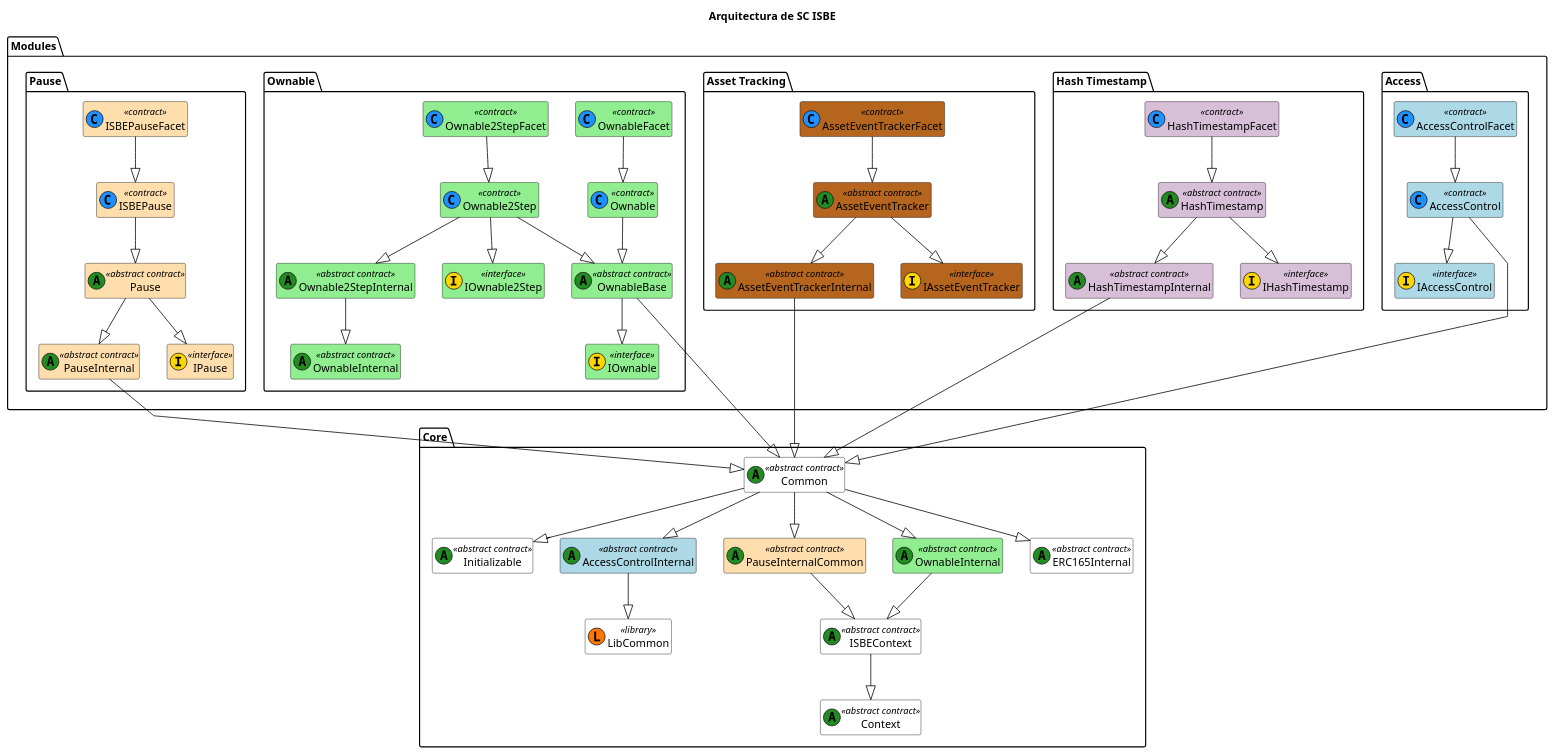
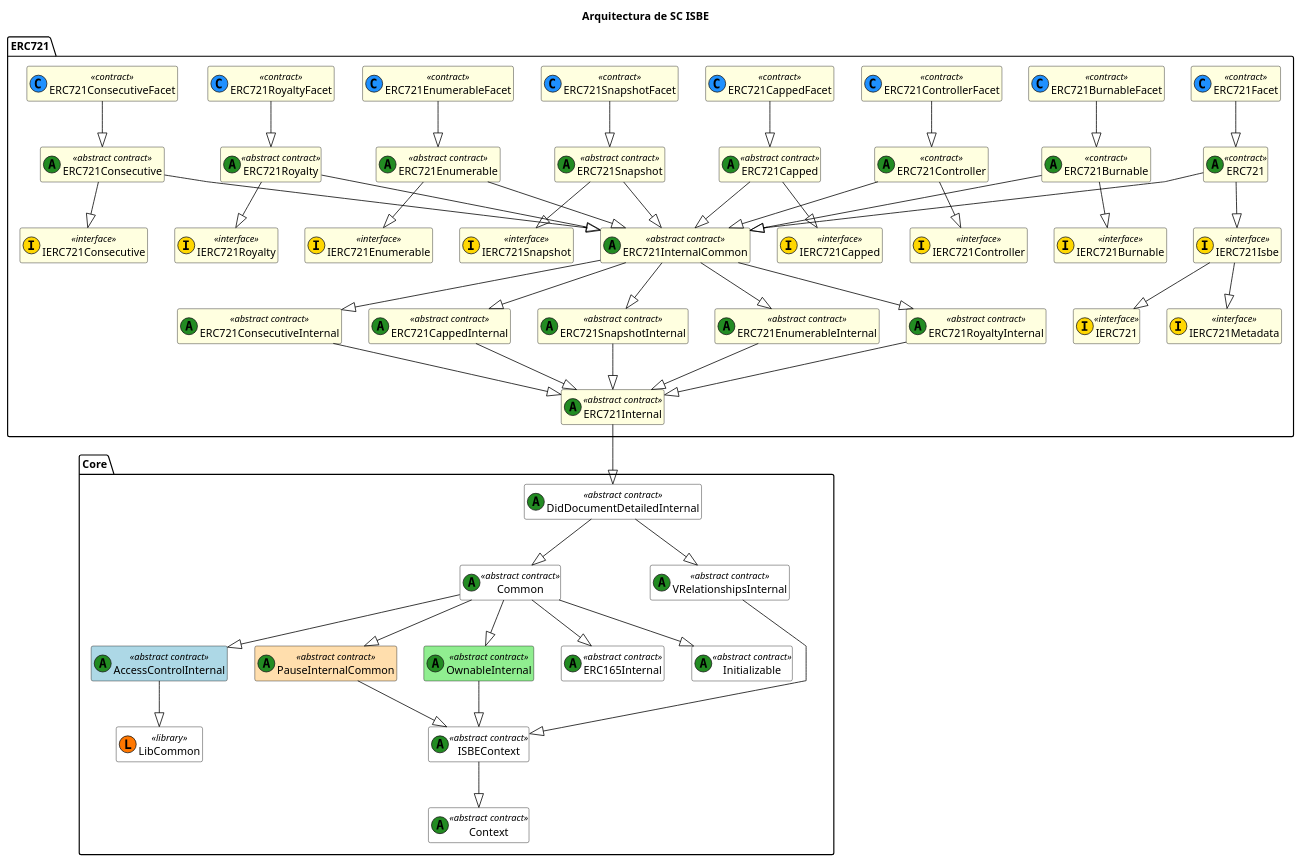
The diagram in docs/diagrams/ISBE-SC-UML-Global-Functional_1.puml (red-isbe/isbe-contracts), drawn with PlantUML before and after one commit. The commit also changed 5 other files, not shown here.

Commit message:
update tokens diagram uml

```diff
--- a/docs/diagrams/ISBE-SC-UML-Global-Functional_1.puml
+++ b/docs/diagrams/ISBE-SC-UML-Global-Functional_1.puml
@@ -1,115 +1,128 @@
 @startuml
 title Arquitectura de SC ISBE
-
 
 skinparam class {
     BackgroundColor White
     ArrowColor Black
     BorderColor Black
 }
 skinparam linetype polyline
 hide empty members
 
 ' === CORE ===
 package "Core" {
     class Initializable <<(A,#228b22) abstract contract>>
     class Common <<(A,#228b22) abstract contract>>
     class LibCommon << (L,#FF7700) library >>
     class ISBEContext <<(A,#228b22) abstract contract>>
+    class DidDocumentDetailedInternal <<(A,#228b22) abstract contract>>
+    class VRelationshipsInternal <<(A,#228b22) abstract contract>>
     class AccessControlInternal <<(A,#228b22) abstract contract>> #lightblue
     class PauseInternalCommon <<(A,#228b22) abstract contract>> #FFDEAD
     class OwnableInternal <<(A,#228b22) abstract contract>> #lightgreen
     class ERC165Internal <<(A,#228b22) abstract contract>>
     class Context <<(A,#228b22) abstract contract>>
 
+    DidDocumentDetailedInternal --|> Common
+    DidDocumentDetailedInternal --|> VRelationshipsInternal 
     Common --|> Initializable
     Common --|> ERC165Internal
     Common --|> AccessControlInternal
-  
     Common --|> OwnableInternal
     Common --|> PauseInternalCommon
+    VRelationshipsInternal--|> ISBEContext
     PauseInternalCommon --|> ISBEContext
     OwnableInternal --|> ISBEContext
     ISBEContext --|> Context
     AccessControlInternal --|> LibCommon
 }
 
+' === ERC721 ===
+package "ERC721" {
+    class IERC721 <<(I,#FFD700) interface>> #FFFFE0
+    class IERC721Metadata <<(I,#FFD700) interface>> #FFFFE0
+    class IERC721Isbe <<(I,#FFD700) interface>> #FFFFE0  
+    class ERC721Internal <<(A,#228B22) abstract contract>> #FFFFE0
+    class ERC721InternalCommon <<(A,#228B22) abstract contract>> #FFFFE0
+    class ERC721 <<(A,#228B22) contract>> #FFFFE0
+    class ERC721Facet <<(C,#1E90FF) contract>> #FFFFE0
 
-' === Modules===
-package "Modules" {
-' === ACCESS ===
-package "Access" {
-    class AccessControl <<(C,#1E90FF) contract>> #lightblue
-    class AccessControlFacet <<(C,#1E90FF) contract>> #lightblue
-    class IAccessControl <<(I,#FFD700) interface>> #lightblue
+    ERC721 --|> IERC721Isbe
+    IERC721Isbe--|> IERC721
+    IERC721Isbe--|> IERC721Metadata
+    ERC721 --|> ERC721InternalCommon
+    ERC721Internal --|> DidDocumentDetailedInternal 
+    ERC721Facet --|> ERC721
 
-    AccessControl --|> IAccessControl
-    AccessControl --|> Common
-    AccessControlFacet --|> AccessControl
-}
+    class IERC721Burnable <<(I,#FFD700) interface>> #FFFFE0
+    class ERC721Burnable <<(A,#228B22) contract>> #FFFFE0
+    class ERC721BurnableFacet <<(C,#1E90FF) contract>> #FFFFE0
 
-' === OWNABLE ===
-package "Ownable" {
-    class Ownable <<(C,#1E90FF) contract>> #lightgreen
-    class OwnableBase <<(A,#228B22) abstract contract>> #lightgreen
-    class Ownable2Step <<(C,#1E90FF) contract>> #lightgreen
-    class Ownable2StepInternal <<(A,#228B22) abstract contract>> #lightgreen
-    class Ownable2StepFacet <<(C,#1E90FF) contract>> #lightgreen
-    class OwnableFacet <<(C,#1E90FF) contract>> #lightgreen
-    class IOwnable <<(I,#FFD700) interface>> #lightgreen
-    class IOwnable2Step <<(I,#FFD700) interface>> #lightgreen
-    class OwnableInternal <<(A,#228B22) abstract contract>> #lightgreen
+    ERC721BurnableFacet --|> ERC721Burnable
+    ERC721Burnable --|> IERC721Burnable
+    ERC721Burnable --|> ERC721InternalCommon
 
-    Ownable --|> OwnableBase
-    OwnableBase --|> IOwnable
-    OwnableBase --|> Common
-    Ownable2Step --|> IOwnable2Step
-    Ownable2Step --|> OwnableBase
-    Ownable2Step --|> Ownable2StepInternal
-    Ownable2StepInternal --|> OwnableInternal
-    OwnableFacet --|> Ownable
-    Ownable2StepFacet --|> Ownable2Step
-}
+    class IERC721Controller <<(I,#FFD700) interface>> #FFFFE0
+    class ERC721Controller <<(A,#228B22) contract>> #FFFFE0
+    class ERC721ControllerFacet <<(C,#1E90FF) contract>> #FFFFE0
 
-' === PAUSE ===
-package "Pause" {
-    class Pause <<(A,#228B22) abstract contract>> #FFDEAD
-    class PauseInternal <<(A,#228B22) abstract contract>> #FFDEAD
-    class ISBEPause <<(C,#1E90FF) contract>> #FFDEAD
-    class ISBEPauseFacet <<(C,#1E90FF) contract>> #FFDEAD
-    class IPause <<(I,#FFD700) interface>> #FFDEAD
+    ERC721ControllerFacet --|> ERC721Controller
+    ERC721Controller --|> IERC721Controller
+    ERC721Controller --|> ERC721InternalCommon
 
-    Pause --|> IPause
-    Pause --|> PauseInternal
-    PauseInternal --|> Common
-    ISBEPause --|> Pause
-    ISBEPauseFacet --|> ISBEPause
-}
+    class IERC721Capped <<(I,#FFD700) interface>> #FFFFE0
+    class ERC721CappedInternal <<(A,#228B22) abstract contract>> #FFFFE0
+    class ERC721Capped <<(A,#228B22) abstract contract>> #FFFFE0
+    class ERC721CappedFacet <<(C,#1E90FF) contract>> #FFFFE0
+ 
+    ERC721CappedFacet --|> ERC721Capped
+    ERC721Capped --|> IERC721Capped
+    ERC721Capped --|> ERC721InternalCommon
+    ERC721InternalCommon --|> ERC721CappedInternal
+    ERC721CappedInternal --|> ERC721Internal
 
-' === ASSET TRACKING ===
-package "Asset Tracking" {
-    class AssetEventTracker <<(A,#228B22) abstract contract>> #B5651D
-    class AssetEventTrackerFacet <<(C,#1E90FF) contract>> #B5651D
-    class AssetEventTrackerInternal <<(A,#228B22) abstract contract>> #B5651D
-    class IAssetEventTracker <<(I,#FFD700) interface>> #B5651D
+    class IERC721Snapshot <<(I,#FFD700) interface>> #FFFFE0
+    class ERC721SnapshotInternal <<(A,#228B22) abstract contract>> #FFFFE0
+    class ERC721Snapshot <<(A,#228B22) abstract contract>> #FFFFE0
+    class ERC721SnapshotFacet <<(C,#1E90FF) contract>> #FFFFE0
+    
+    ERC721SnapshotFacet --|> ERC721Snapshot
+    ERC721Snapshot --|> IERC721Snapshot
+    ERC721Snapshot --|> ERC721InternalCommon
+    ERC721InternalCommon --|> ERC721SnapshotInternal
+    ERC721SnapshotInternal --|> ERC721Internal
 
-    AssetEventTracker --|> IAssetEventTracker
-    AssetEventTracker --|> AssetEventTrackerInternal
-    AssetEventTrackerInternal --|> Common
-    AssetEventTrackerFacet --|> AssetEventTracker
-}
+    class IERC721Enumerable <<(I,#FFD700) interface>> #FFFFE0
+    class ERC721EnumerableInternal <<(A,#228B22) abstract contract>> #FFFFE0
+    class ERC721Enumerable <<(A,#228B22) abstract contract>> #FFFFE0
+    class ERC721EnumerableFacet <<(C,#1E90FF) contract>> #FFFFE0
 
-' === HASH TIMESTAMP ===
-package "Hash Timestamp" {
-    class HashTimestamp <<(A,#228B22) abstract contract>> #D8BFD8
-    class HashTimestampFacet <<(C,#1E90FF) contract>> #D8BFD8
-    class HashTimestampInternal <<(A,#228B22) abstract contract>> #D8BFD8
-    class IHashTimestamp <<(I,#FFD700) interface>> #D8BFD8
+    ERC721EnumerableFacet --|> ERC721Enumerable
+    ERC721Enumerable --|> IERC721Enumerable
+    ERC721Enumerable --|> ERC721InternalCommon
+    ERC721InternalCommon --|> ERC721EnumerableInternal
+    ERC721EnumerableInternal --|> ERC721Internal
 
-    HashTimestamp --|> IHashTimestamp
-    HashTimestamp --|> HashTimestampInternal
-    HashTimestampInternal --|> Common
-    HashTimestampFacet --|> HashTimestamp
-}
+    class IERC721Royalty <<(I,#FFD700) interface>> #FFFFE0
+    class ERC721RoyaltyInternal <<(A,#228B22) abstract contract>> #FFFFE0
+    class ERC721Royalty <<(A,#228B22) abstract contract>> #FFFFE0
+    class ERC721RoyaltyFacet <<(C,#1E90FF) contract>> #FFFFE0
+    
+    ERC721RoyaltyFacet --|> ERC721Royalty
+    ERC721Royalty --|> IERC721Royalty
+    ERC721Royalty --|> ERC721InternalCommon
+    ERC721InternalCommon --|> ERC721RoyaltyInternal
+    ERC721RoyaltyInternal --|> ERC721Internal
+
+    class IERC721Consecutive <<(I,#FFD700) interface>> #FFFFE0
+    class ERC721ConsecutiveInternal <<(A,#228B22) abstract contract>> #FFFFE0
+    class ERC721Consecutive <<(A,#228B22) abstract contract>> #FFFFE0
+    class ERC721ConsecutiveFacet <<(C,#1E90FF) contract>> #FFFFE0
+
+    ERC721ConsecutiveFacet --|> ERC721Consecutive
+    ERC721Consecutive --|> IERC721Consecutive
+    ERC721Consecutive --|> ERC721InternalCommon
+    ERC721InternalCommon --|> ERC721ConsecutiveInternal
+    ERC721ConsecutiveInternal --|> ERC721Internal
 }
 @enduml
```
